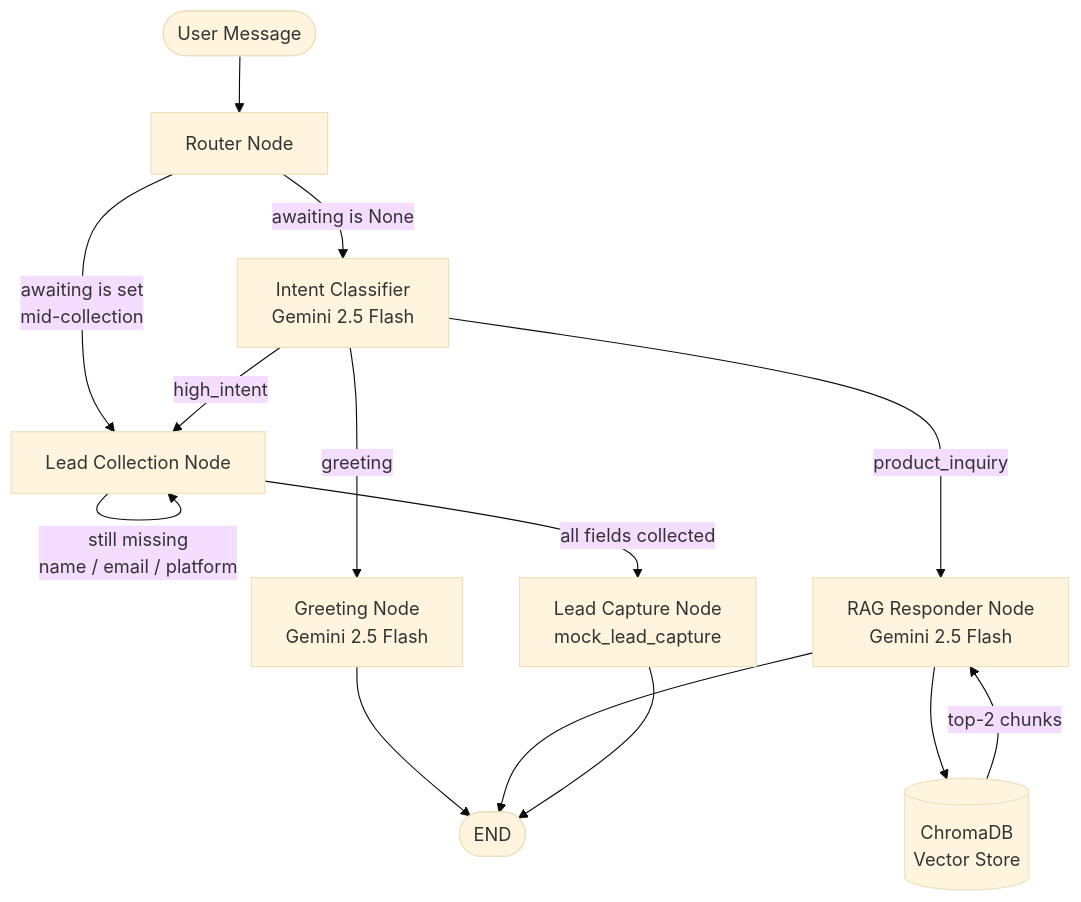
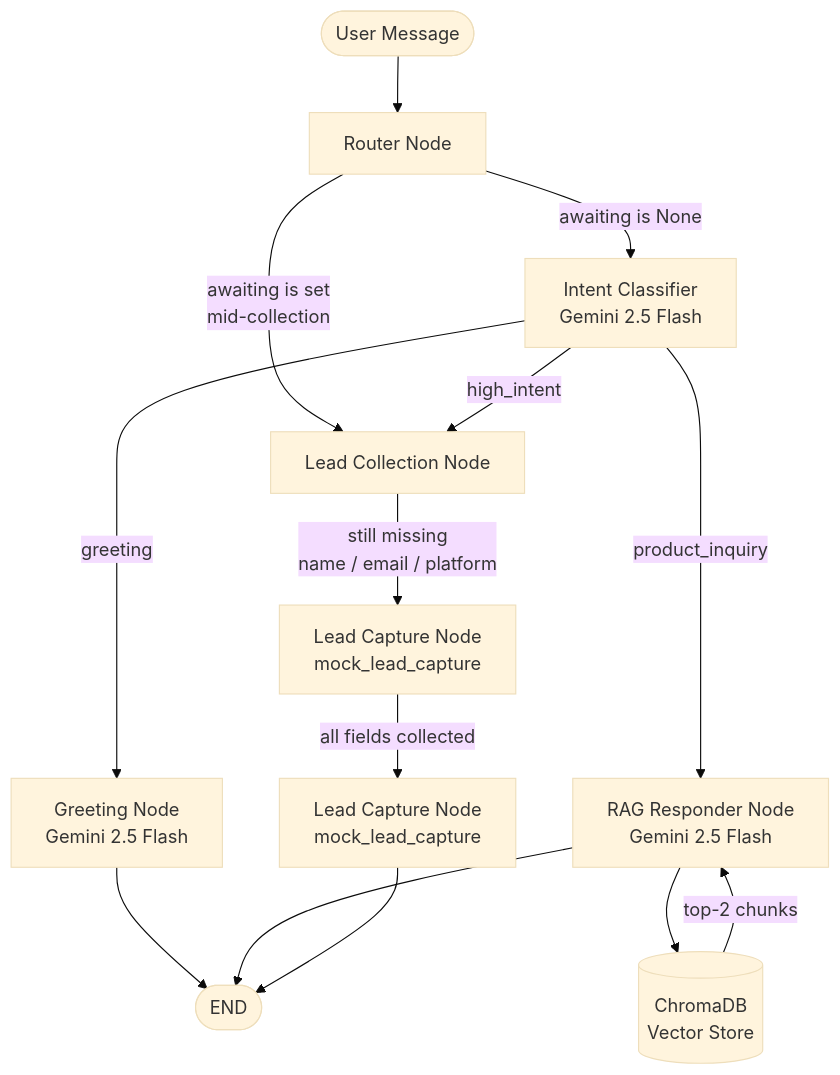
One commit to Dibyajyoti-07/Social-To-Lead-Agentic-Workflow changed the first of 4 diagrams in README.md. Above: the diagram before and after it, drawn with Mermaid (base theme).

Commit message:
readme updated

````diff
--- a/README.md
+++ b/README.md
@@ -80,21 +80,21 @@
 ```mermaid
 flowchart TD
     A([User Message]) --> B[Router Node]
 
     B -->|awaiting is set\nmid-collection| C[Lead Collection Node]
     B -->|awaiting is None| D[Intent Classifier\nGemini 2.5 Flash]
 
     D -->|greeting| E[Greeting Node\nGemini 2.5 Flash]
     D -->|product_inquiry| F[RAG Responder Node\nGemini 2.5 Flash]
     D -->|high_intent| C
 
     F --> G[(ChromaDB\nVector Store)]
     G -->|top-2 chunks| F
 
-    C -->|still missing\nname / email / platform| C
-    C -->|all fields collected| H[Lead Capture Node\nmock_lead_capture]
+    C -->|still missing\nname / email / platform| H[Lead Capture Node\nmock_lead_capture]
+    H -->|all fields collected| I[Lead Capture Node\nmock_lead_capture]
 
     E --> Z([END])
     F --> Z
-    H --> Z
+    I --> Z
 ```
````
